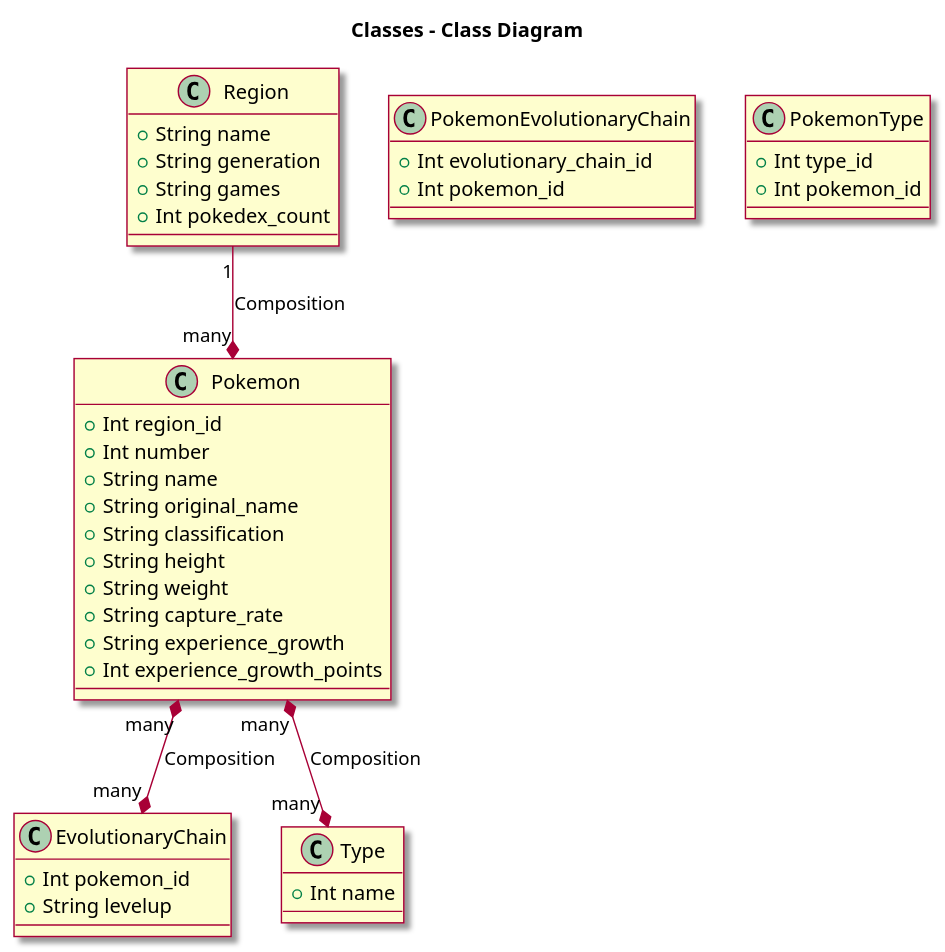
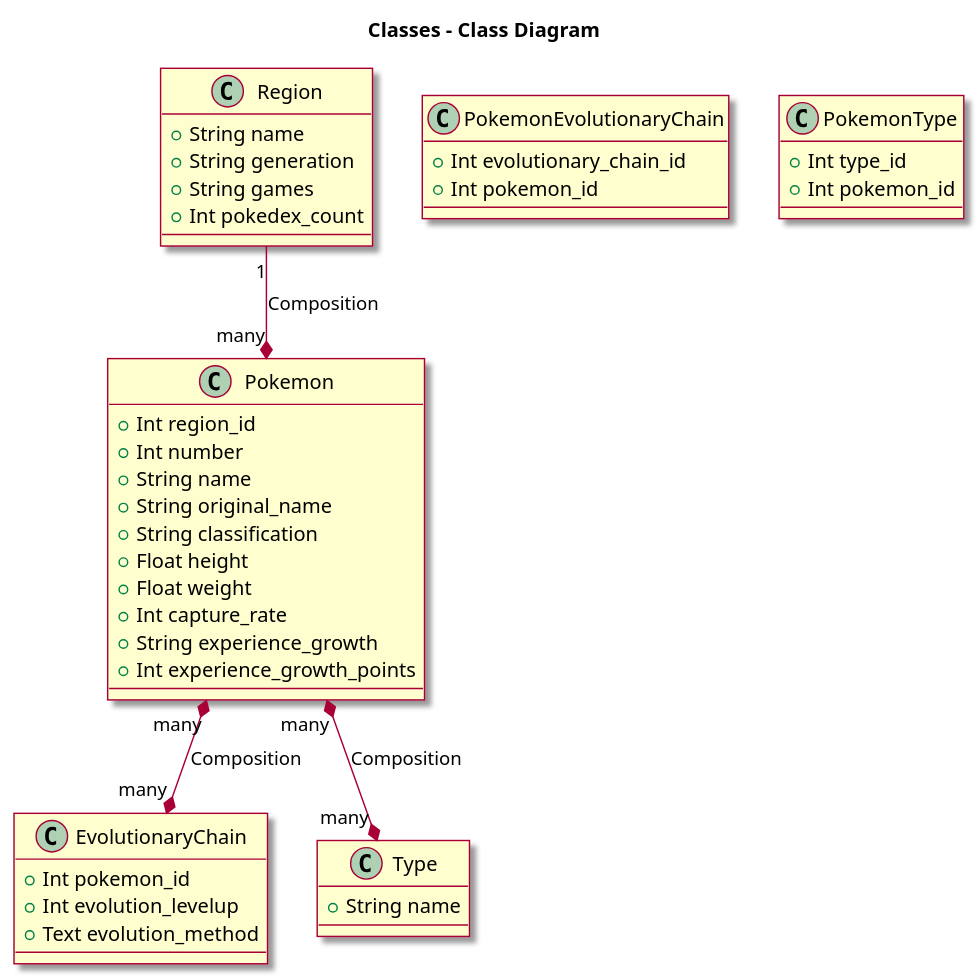
Before and after one commit to Luiz-Bernardes/pml_api: the diagram in README.md, drawn with PlantUML. The commit also changed other lines of this file and 19 other files, not shown here.

```diff
--- a/README.md
+++ b/README.md
@@ -28,53 +28,54 @@
 @startuml
 
 skin rose
 
 title Classes - Class Diagram
 
 
 class Region {
   +String name
   +String generation
   +String games
   +Int pokedex_count
 }
 
 class Pokemon {
   +Int region_id
   +Int number
   +String name
   +String original_name
   +String classification
-  +String height
-  +String weight
-  +String capture_rate
+  +Float height
+  +Float weight
+  +Int capture_rate
   +String experience_growth
   +Int experience_growth_points
 }
 
 class EvolutionaryChain {
   +Int pokemon_id
-  +String levelup
+  +Int evolution_levelup
+  +Text evolution_method
 }
 
 class PokemonEvolutionaryChain {
   +Int evolutionary_chain_id
   +Int pokemon_id
 }
 
 class Type {
-  +Int name
+  +String name
 }
 
 class PokemonType {
   +Int type_id
   +Int pokemon_id
 }
 
 
 Pokemon "many" *-up- "1" Region: Composition
 EvolutionaryChain "many" *-up-* "many" Pokemon: Composition
 Type "many" *-up-* "many" Pokemon: Composition
 
 
 @enduml
```
